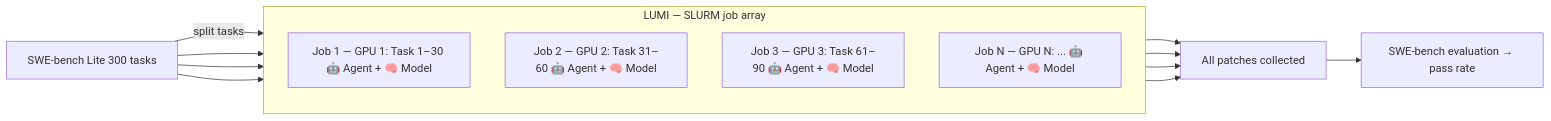
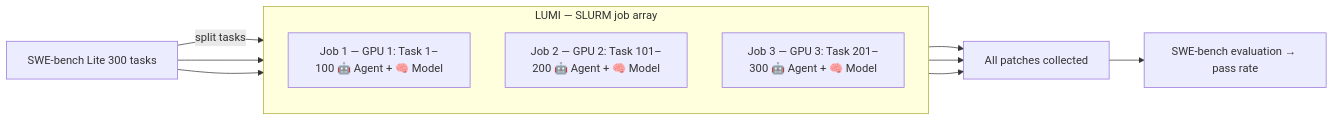
The third of 3 diagrams in docs/project.md (djstockma/researchProjectData), drawn with Mermaid before and after one commit. The commit also changed other lines of this file and 29 other files, not shown here.

````diff
--- a/docs/project.md
+++ b/docs/project.md
@@ -126,25 +133,22 @@
 ```mermaid
 flowchart LR
     SWE["SWE-bench Lite 300 tasks"]
 
     subgraph LUMI ["LUMI — SLURM job array"]
         direction TB
-        J1["Job 1 — GPU 1: Task 1–30 🤖 Agent + 🧠 Model"]
-        J2["Job 2 — GPU 2: Task 31–60 🤖 Agent + 🧠 Model"]
-        J3["Job 3 — GPU 3: Task 61–90 🤖 Agent + 🧠 Model"]
-        JN["Job N — GPU N: ... 🤖 Agent + 🧠 Model"]
+        J1["Job 1 — GPU 1: Task 1–100 🤖 Agent + 🧠 Model"]
+        J2["Job 2 — GPU 2: Task 101–200 🤖 Agent + 🧠 Model"]
+        J3["Job 3 — GPU 3: Task 201–300 🤖 Agent + 🧠 Model"]
     end
 
     RESULTS["All patches collected"]
     EVAL["SWE-bench evaluation → pass rate"]
 
     SWE -->|"split tasks"| J1
     SWE --> J2
     SWE --> J3
-    SWE --> JN
     J1 --> RESULTS
     J2 --> RESULTS
     J3 --> RESULTS
-    JN --> RESULTS
     RESULTS --> EVAL
 ```
````
